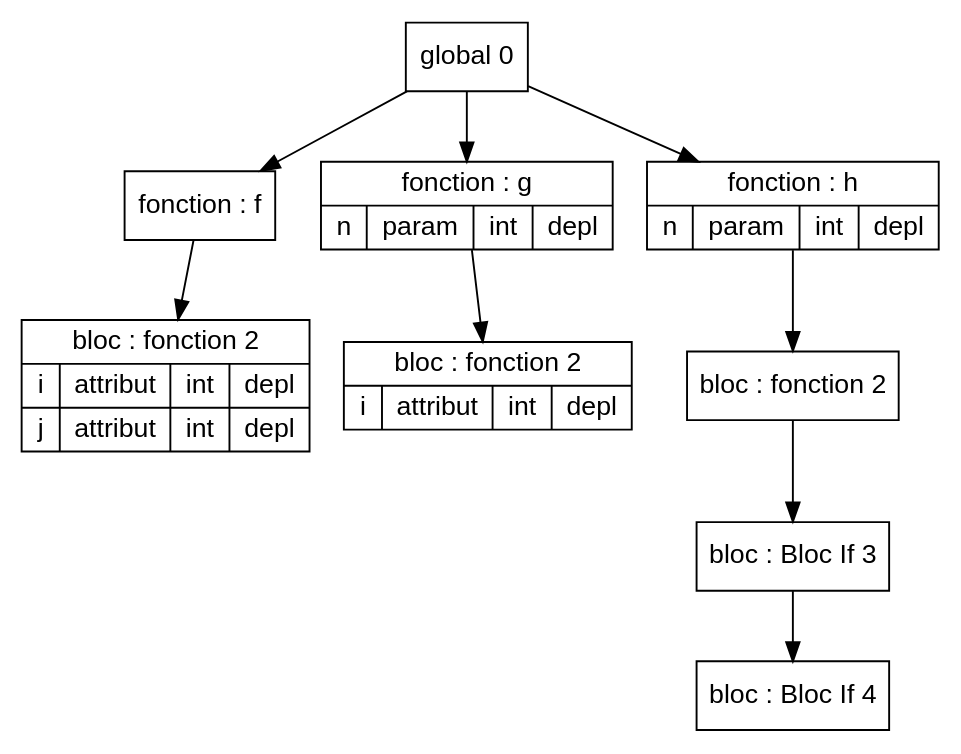
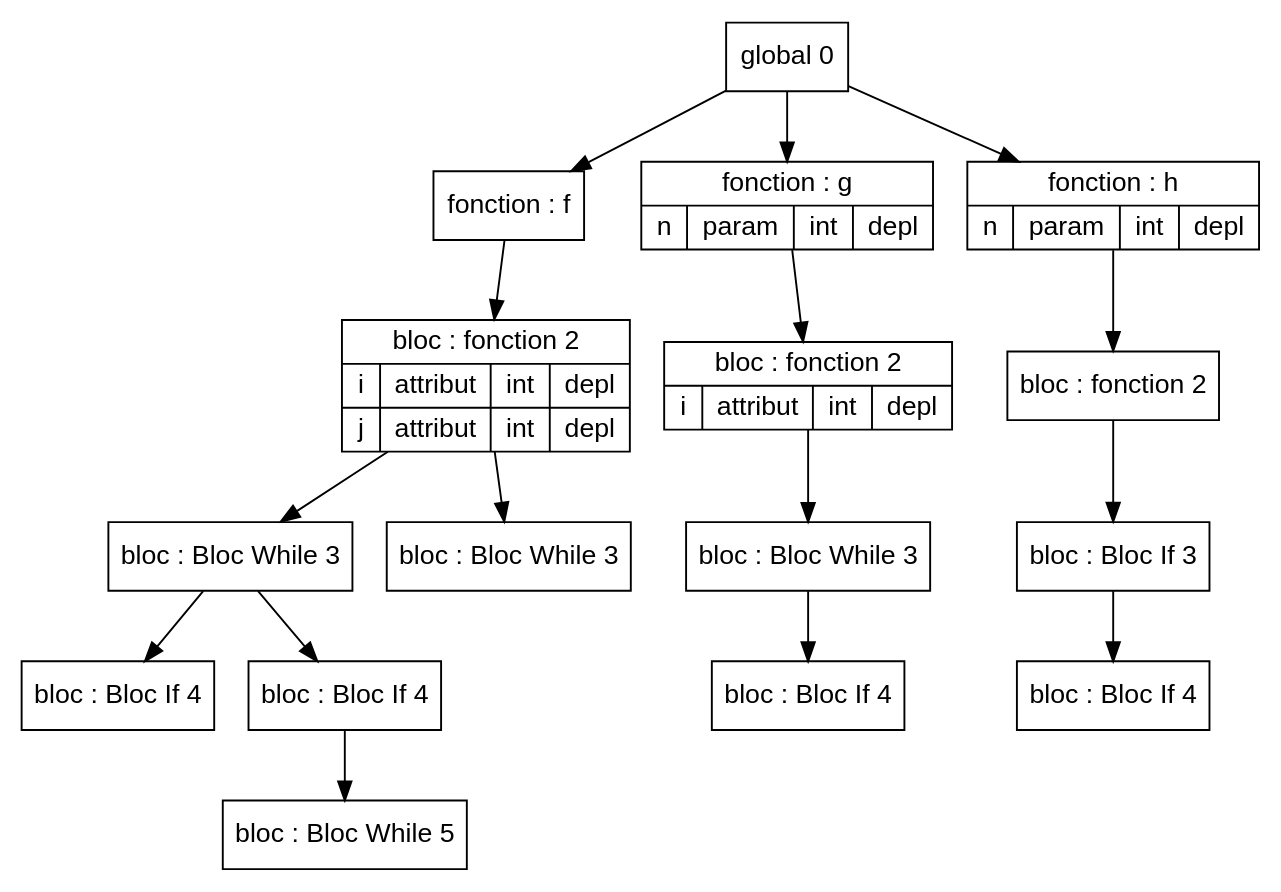
One commit to Hamza-ABDOULHOUSSEN/compil changed the diagram in Code/out/tds/dot/Test_Complet/test6.dot. Above: the diagram before and after it, drawn with Graphviz. The commit also changed 36 other files, not shown here.

```diff
--- a/Code/out/tds/dot/Test_Complet/test6.dot
+++ b/Code/out/tds/dot/Test_Complet/test6.dot
@@ -1,46 +1,74 @@
 digraph "tds"{
 
 	node [fontname="Arial"];
+
+	N4 [shape=record label="{ bloc : Bloc If  4
+	}"];
+
+	N6 [shape=record label="{ bloc : Bloc While  5
+	}"];
+
+	N5 [shape=record label="{ bloc : Bloc If  4
+	}"];
+
+	N3 [shape=record label="{ bloc : Bloc While  3
+	}"];
+
+	N7 [shape=record label="{ bloc : Bloc While  3
+	}"];
 
 	N2 [shape=record label="{ bloc : fonction  2
 	| { i | attribut | int | depl }
 	| { j | attribut | int | depl }
 	}"];
 
 	N1 [shape=record label="{ fonction : f
 	}"];
 
-	N4 [shape=record label="{ bloc : fonction  2
+	N11 [shape=record label="{ bloc : Bloc If  4
+	}"];
+
+	N10 [shape=record label="{ bloc : Bloc While  3
+	}"];
+
+	N9 [shape=record label="{ bloc : fonction  2
 	| { i | attribut | int | depl }
 	}"];
 
-	N3 [shape=record label="{ fonction : g
+	N8 [shape=record label="{ fonction : g
 	| { n | param | int | depl }
 	}"];
 
-	N8 [shape=record label="{ bloc : Bloc If  4
+	N15 [shape=record label="{ bloc : Bloc If  4
 	}"];
 
-	N7 [shape=record label="{ bloc : Bloc If  3
+	N14 [shape=record label="{ bloc : Bloc If  3
 	}"];
 
-	N6 [shape=record label="{ bloc : fonction  2
+	N13 [shape=record label="{ bloc : fonction  2
 	}"];
 
-	N5 [shape=record label="{ fonction : h
+	N12 [shape=record label="{ fonction : h
 	| { n | param | int | depl }
 	}"];
 
 	N0 [shape=record label="{ global 0
 	}"];
 
 
 	N0 -> N1; 
 	N1 -> N2; 
-	N0 -> N3; 
+	N2 -> N3; 
 	N3 -> N4; 
-	N0 -> N5; 
+	N3 -> N5; 
 	N5 -> N6; 
-	N6 -> N7; 
-	N7 -> N8; 
+	N2 -> N7; 
+	N0 -> N8; 
+	N8 -> N9; 
+	N9 -> N10; 
+	N10 -> N11; 
+	N0 -> N12; 
+	N12 -> N13; 
+	N13 -> N14; 
+	N14 -> N15; 
 }
```
